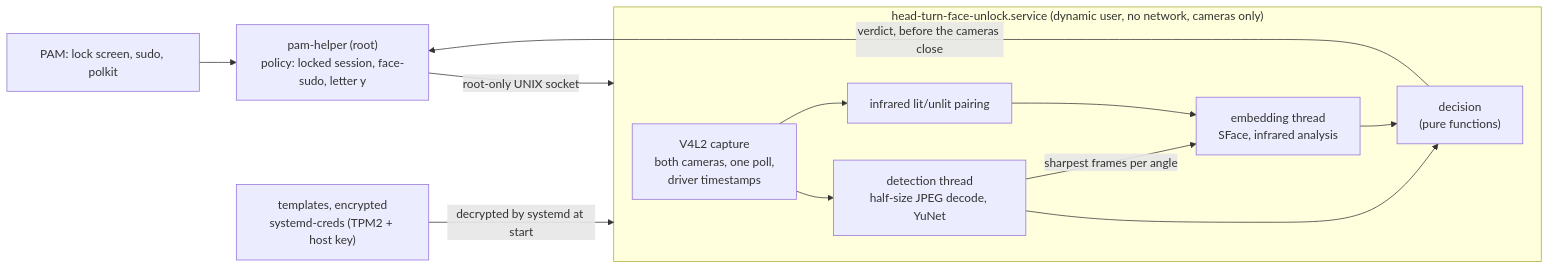
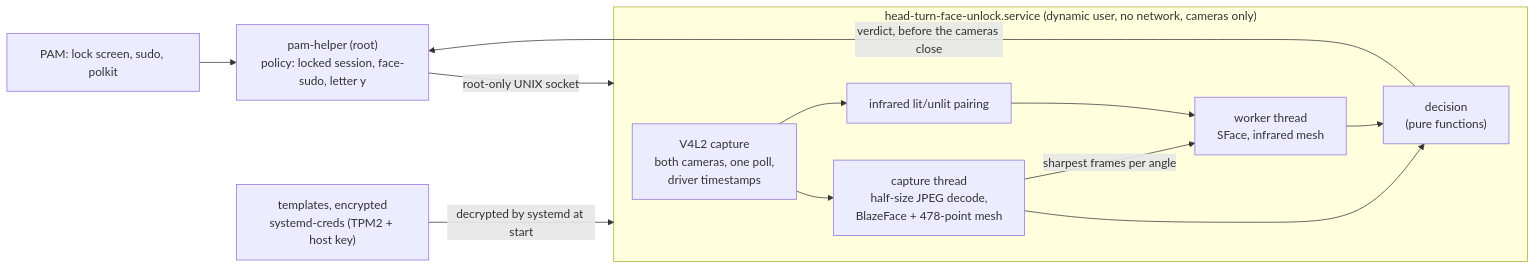
One commit to SamedEmreCetinkaya/HEAD_TURN_FACE_UNLOCK changed the diagram in README.md. Above: the diagram before and after it, drawn with Mermaid. The commit also changed other lines of this file and 33 other files, not shown here.

First line of the commit message:
Version 2: 478-point face mesh, three-dimensional motion check and pinned LiteRT runtime

````diff
--- a/README.md
+++ b/README.md
@@ -46,15 +49,15 @@
 ```mermaid
 flowchart LR
     PAM["PAM: lock screen, sudo, polkit"] --> HELPER["pam-helper (root)<br/>policy: locked session, face-sudo, letter y"]
     HELPER -- "root-only UNIX socket" --> SERVICE
     subgraph SERVICE["head-turn-face-unlock.service (dynamic user, no network, cameras only)"]
-        CAPTURE["V4L2 capture<br/>both cameras, one poll,<br/>driver timestamps"] --> DETECT["detection thread<br/>half-size JPEG decode, YuNet"]
+        CAPTURE["V4L2 capture<br/>both cameras, one poll,<br/>driver timestamps"] --> TRACK["capture thread<br/>half-size JPEG decode,<br/>BlazeFace + 478-point mesh"]
         CAPTURE --> PAIR["infrared lit/unlit pairing"]
-        DETECT --> DECIDE["decision<br/>(pure functions)"]
-        DETECT -- "sharpest frames per angle" --> EMBED["embedding thread<br/>SFace, infrared analysis"]
+        TRACK --> DECIDE["decision<br/>(pure functions)"]
+        TRACK -- "sharpest frames per angle" --> EMBED["worker thread<br/>SFace, infrared mesh"]
         PAIR --> EMBED
         EMBED --> DECIDE
     end
     CREDS["templates, encrypted<br/>systemd-creds (TPM2 + host key)"] -- "decrypted by systemd at start" --> SERVICE
     DECIDE -- "verdict, before the cameras close" --> HELPER
 ```
````
